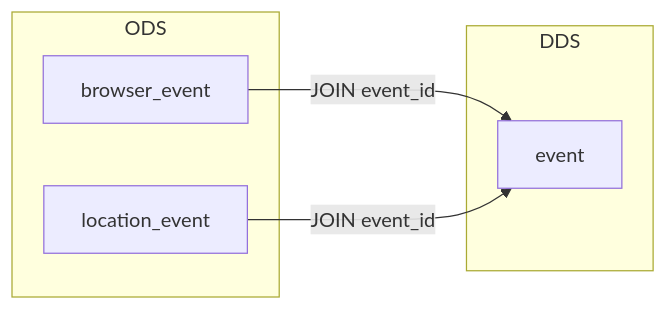
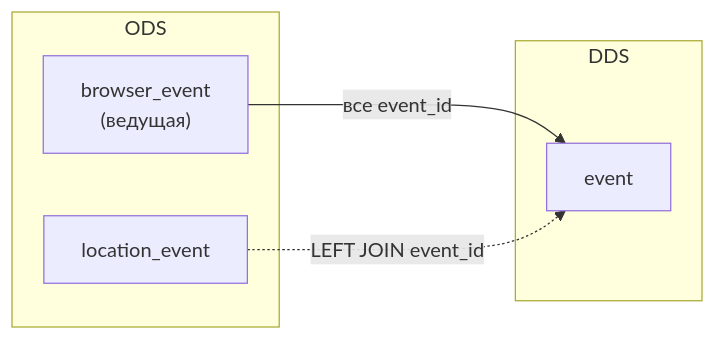
Before and after one commit to dementev-dev/clickstream-ch-kafka-superset-demo: the fifth of 6 diagrams in docs/ARCHITECTURE.md, drawn with Mermaid. The commit also changed other lines of this file and 6 other files, not shown here.

````diff
--- a/docs/ARCHITECTURE.md
+++ b/docs/ARCHITECTURE.md
@@ -447,14 +449,14 @@
 ```mermaid
 flowchart LR
     subgraph ODS["ODS"]
-        B["browser_event"]
+        B["browser_event<br/>(ведущая)"]
         L["location_event"]
     end
 
     subgraph DDS["DDS"]
         EV["event"]
     end
 
-    B -->|JOIN event_id| EV
-    L -->|JOIN event_id| EV
+    B -->|все event_id| EV
+    L -.->|LEFT JOIN event_id| EV
 ```
````
